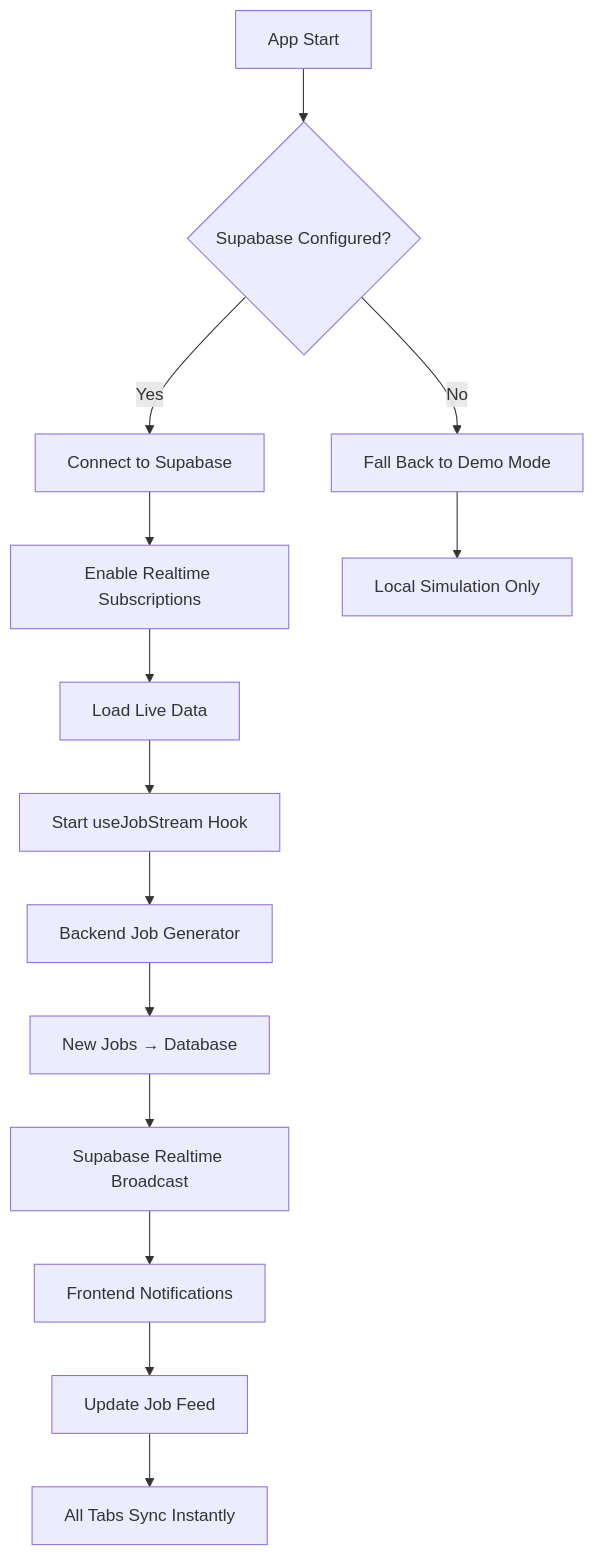
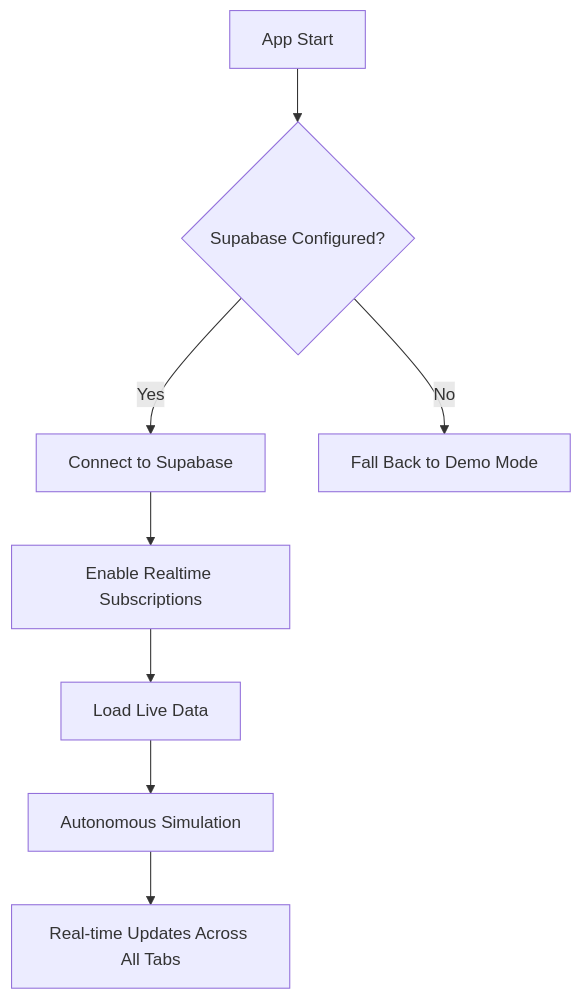
Diagram 13 of 13 in Architecture.md (AngelP17/YieldOps), drawn with Mermaid before and after one commit. The commit also changed other lines of this file and 24 other files, not shown here.

````diff
--- a/Architecture.md
+++ b/Architecture.md
@@ -972,16 +893,10 @@
 ```mermaid
 flowchart TD
     A[App Start] --> B{Supabase Configured?}
     B -->|Yes| C[Connect to Supabase]
     C --> D[Enable Realtime Subscriptions]
     D --> E[Load Live Data]
-    E --> F[Start useJobStream Hook]
-    F --> G[Backend Job Generator]
-    G --> H[New Jobs → Database]
-    H --> I[Supabase Realtime Broadcast]
-    I --> J[Frontend Notifications]
-    J --> K[Update Job Feed]
-    K --> L[All Tabs Sync Instantly]
-    B -->|No| M[Fall Back to Demo Mode]
-    M --> N[Local Simulation Only]
+    E --> F[Autonomous Simulation]
+    F --> G[Real-time Updates Across All Tabs]
+    B -->|No| H[Fall Back to Demo Mode]
 ```
````
